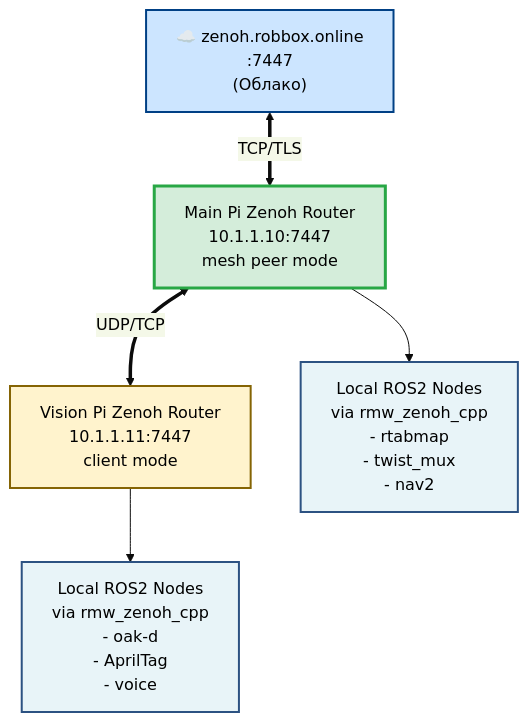
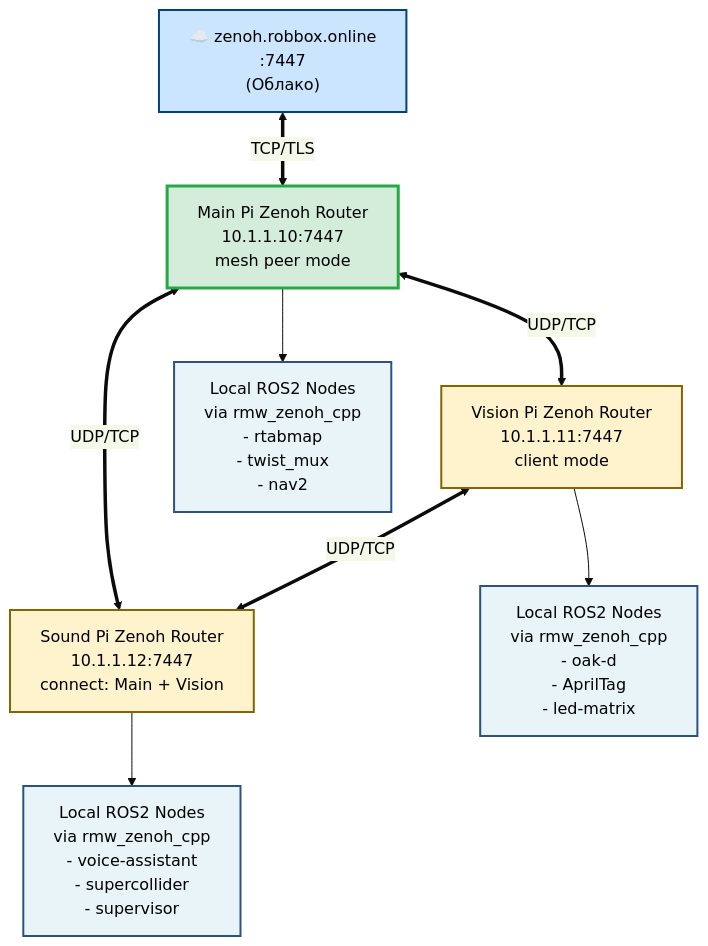
Before and after one commit to krikz/rob_box_project: the third of 4 diagrams in docs/architecture/SYSTEM_OVERVIEW.md, drawn with Mermaid. The commit also changed other lines of this file and 21 other files, not shown here.

````diff
--- a/docs/architecture/SYSTEM_OVERVIEW.md
+++ b/docs/architecture/SYSTEM_OVERVIEW.md
@@ -199,24 +216,33 @@
 ```mermaid
 %%{init: {'theme':'base', 'themeVariables': { 'primaryColor':'#e8f4f8','primaryTextColor':'#000','primaryBorderColor':'#2c5282'}}}%%
 graph TB
     Cloud["☁️ zenoh.robbox.online<br/>:7447<br/>(Облако)"]
     
     MainRouter["Main Pi Zenoh Router<br/>10.1.1.10:7447<br/>mesh peer mode"]
     
     VisionRouter["Vision Pi Zenoh Router<br/>10.1.1.11:7447<br/>client mode"]
     
+    SoundRouter["Sound Pi Zenoh Router<br/>10.1.1.12:7447<br/>connect: Main + Vision"]
+    
     MainNodes["Local ROS2 Nodes<br/>via rmw_zenoh_cpp<br/>- rtabmap<br/>- twist_mux<br/>- nav2"]
     
-    VisionNodes["Local ROS2 Nodes<br/>via rmw_zenoh_cpp<br/>- oak-d<br/>- AprilTag<br/>- voice"]
+    VisionNodes["Local ROS2 Nodes<br/>via rmw_zenoh_cpp<br/>- oak-d<br/>- AprilTag<br/>- led-matrix"]
+    
+    SoundNodes["Local ROS2 Nodes<br/>via rmw_zenoh_cpp<br/>- voice-assistant<br/>- supercollider<br/>- supervisor"]
     
     Cloud <==TCP/TLS==> MainRouter
     MainRouter <==UDP/TCP==> VisionRouter
+    MainRouter <==UDP/TCP==> SoundRouter
+    VisionRouter <==UDP/TCP==> SoundRouter
     MainRouter --> MainNodes
     VisionRouter --> VisionNodes
+    SoundRouter --> SoundNodes
     
     style Cloud fill:#cce5ff,stroke:#004085,stroke-width:2px
     style MainRouter fill:#d4edda,stroke:#28a745,stroke-width:3px
     style VisionRouter fill:#fff3cd,stroke:#856404,stroke-width:2px
+    style SoundRouter fill:#fff3cd,stroke:#856404,stroke-width:2px
     style MainNodes fill:#e8f4f8,stroke:#2c5282,stroke-width:2px
     style VisionNodes fill:#e8f4f8,stroke:#2c5282,stroke-width:2px
+    style SoundNodes fill:#e8f4f8,stroke:#2c5282,stroke-width:2px
 ```
````
